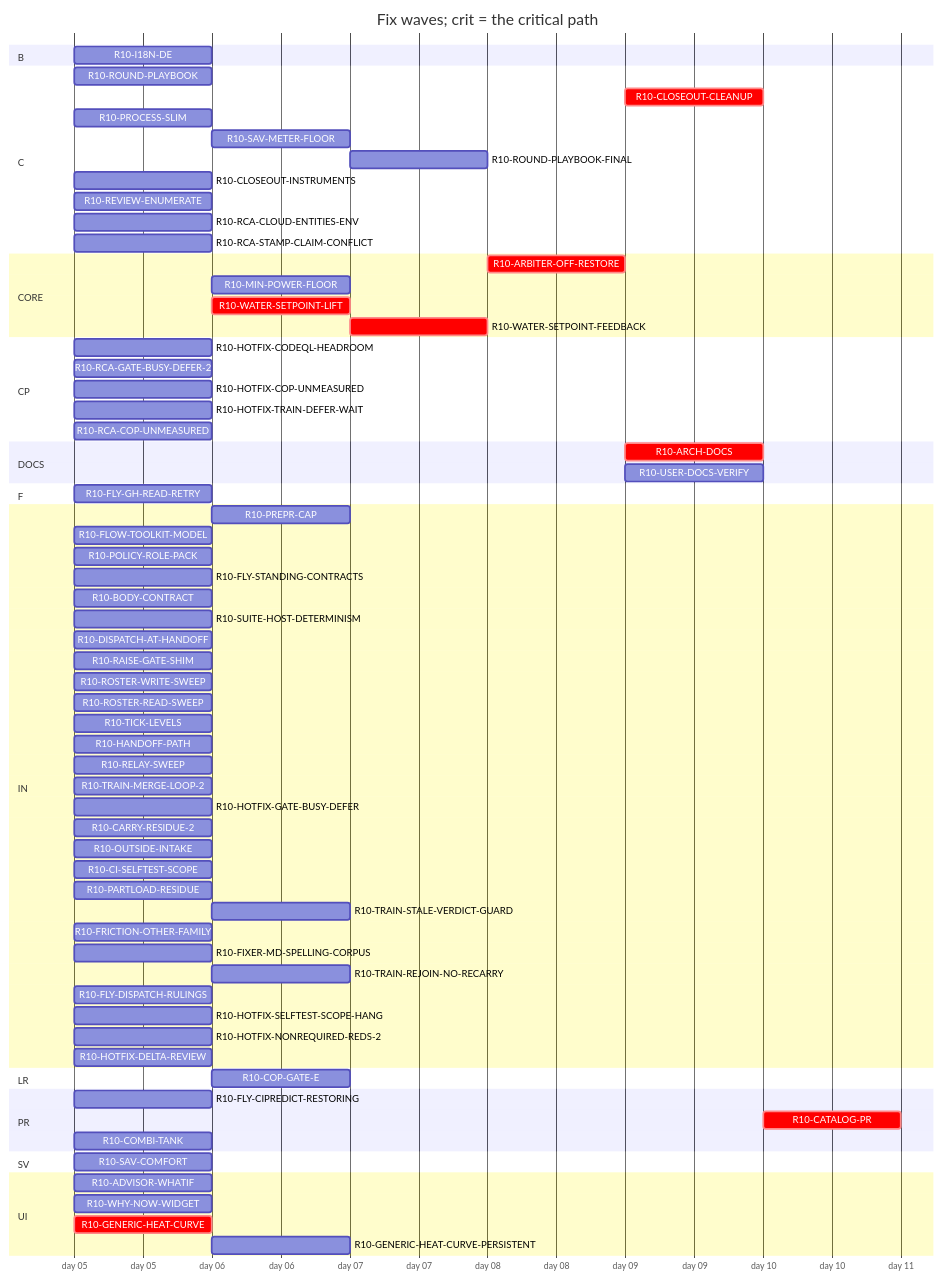
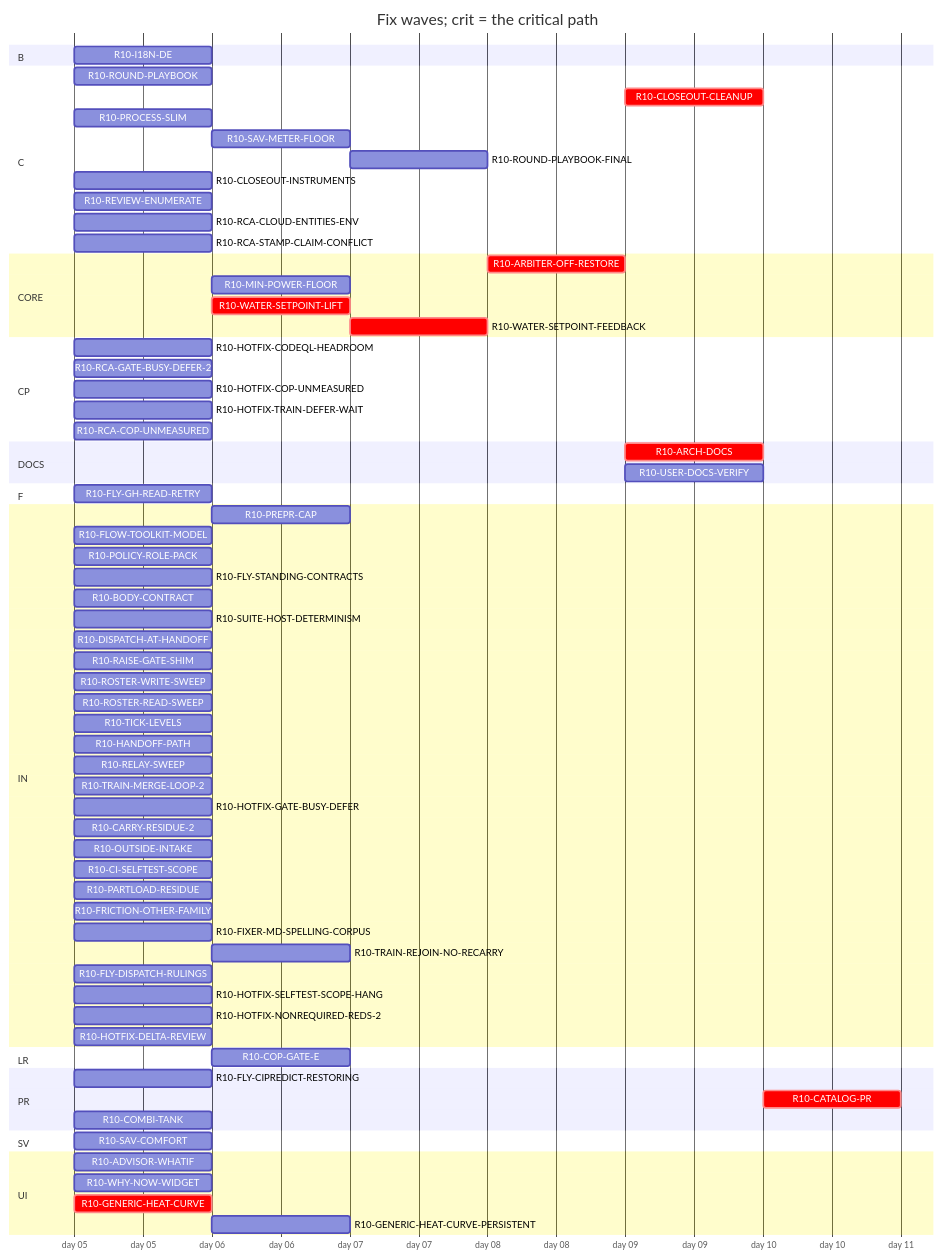
One commit to tvofi/heatpump_optimizer changed the diagram in handoff/round10/state/PLAN-TABLE.md. Above: the diagram before and after it, drawn with Mermaid. The commit also changed other lines of this file and 3 other files, not shown here.

Commit message:
state: FLOW-BOARD.md, NEXT-SESSION-PROMPT.md, PLAN-TABLE.md, RESUME-CURRENT.md regenerated (state_docs.py)

````diff
--- a/handoff/round10/state/PLAN-TABLE.md
+++ b/handoff/round10/state/PLAN-TABLE.md
@@ -24,75 +24,74 @@
 ```mermaid
 gantt
   title Fix waves; crit = the critical path
   dateFormat YYYY-MM-DD
   axisFormat day %d
   section B
     R10-I18N-DE :r10I18NDE, 2026-01-05, 1d
   section C
     R10-ROUND-PLAYBOOK :r10ROUNDPLAYBOOK, 2026-01-05, 1d
     R10-CLOSEOUT-CLEANUP :crit, r10CLOSEOUTCLEANUP, after r10ARCHDOCS r10USERDOCSVERIFY r10ROUNDPLAYBOOKFINAL r10CLOSEOUTINSTRUMENTS r10RCAGATEBUSYDEFER2 r10RCACOPUNMEASURED r10FRICTIONOTHERFAMILY, 1d
     R10-PROCESS-SLIM :r10PROCESSSLIM, 2026-01-05, 1d
     R10-SAV-METER-FLOOR :r10SAVMETERFLOOR, after r10SAVCOMFORT, 1d
-    R10-ROUND-PLAYBOOK-FINAL :r10ROUNDPLAYBOOKFINAL, after r10PREPRCAP r10HANDOFFPATH r10RELAYSWEEP r10DISPATCHATHANDOFF r10BODYCONTRACT r10TICKLEVELS r10ROSTERWRITESWEEP r10ROSTERREADSWEEP r10FLYSTANDINGCONTRACTS r10POLICYROLEPACK r10FLOWTOOLKITMODEL r10FLYCIPREDICTRESTORING r10RAISEGATESHIM r10FLYGHREADRETRY r10SUITEHOSTDETERMINISM r10ROUNDPLAYBOOK r10PROCESSSLIM r10TRAINMERGELOOP2 r10CARRYRESIDUE2 r10HOTFIXCODEQLHEADROOM r10OUTSIDEINTAKE r10HOTFIXTRAINDEFERWAIT r10CISELFTESTSCOPE r10TRAINSTALEVERDICTGUARD r10CLOSEOUTINSTRUMENTS r10FRICTIONOTHERFAMILY r10FIXERMDSPELLINGCORPUS, 1d
+    R10-ROUND-PLAYBOOK-FINAL :r10ROUNDPLAYBOOKFINAL, after r10PREPRCAP r10HANDOFFPATH r10RELAYSWEEP r10DISPATCHATHANDOFF r10BODYCONTRACT r10TICKLEVELS r10ROSTERWRITESWEEP r10ROSTERREADSWEEP r10FLYSTANDINGCONTRACTS r10POLICYROLEPACK r10FLOWTOOLKITMODEL r10FLYCIPREDICTRESTORING r10RAISEGATESHIM r10FLYGHREADRETRY r10SUITEHOSTDETERMINISM r10ROUNDPLAYBOOK r10PROCESSSLIM r10TRAINMERGELOOP2 r10CARRYRESIDUE2 r10HOTFIXCODEQLHEADROOM r10OUTSIDEINTAKE r10HOTFIXTRAINDEFERWAIT r10CISELFTESTSCOPE r10CLOSEOUTINSTRUMENTS r10FRICTIONOTHERFAMILY r10FIXERMDSPELLINGCORPUS, 1d
     R10-CLOSEOUT-INSTRUMENTS :r10CLOSEOUTINSTRUMENTS, 2026-01-05, 1d
     R10-REVIEW-ENUMERATE :r10REVIEWENUMERATE, 2026-01-05, 1d
     R10-RCA-CLOUD-ENTITIES-ENV :r10RCACLOUDENTITIESENV, 2026-01-05, 1d
     R10-RCA-STAMP-CLAIM-CONFLICT :r10RCASTAMPCLAIMCONFLICT, 2026-01-05, 1d
   section CORE
     R10-ARBITER-OFF-RESTORE :crit, r10ARBITEROFFRESTORE, after r10GENERICHEATCURVE r10GENERICHEATCURVEPERSISTENT r10WATERSETPOINTLIFT r10WATERSETPOINTFEEDBACK, 1d
     R10-MIN-POWER-FLOOR :r10MINPOWERFLOOR, after r10HOTFIXCOPUNMEASURED r10GENERICHEATCURVE, 1d
     R10-WATER-SETPOINT-LIFT :crit, r10WATERSETPOINTLIFT, after r10GENERICHEATCURVE, 1d
     R10-WATER-SETPOINT-FEEDBACK :crit, r10WATERSETPOINTFEEDBACK, after r10WATERSETPOINTLIFT, 1d
   section CP
     R10-HOTFIX-CODEQL-HEADROOM :r10HOTFIXCODEQLHEADROOM, 2026-01-05, 1d
     R10-RCA-GATE-BUSY-DEFER-2 :r10RCAGATEBUSYDEFER2, 2026-01-05, 1d
     R10-HOTFIX-COP-UNMEASURED :r10HOTFIXCOPUNMEASURED, 2026-01-05, 1d
     R10-HOTFIX-TRAIN-DEFER-WAIT :r10HOTFIXTRAINDEFERWAIT, 2026-01-05, 1d
     R10-RCA-COP-UNMEASURED :r10RCACOPUNMEASURED, 2026-01-05, 1d
   section DOCS
-    R10-ARCH-DOCS :crit, r10ARCHDOCS, after r10SAVCOMFORT r10WHYNOWWIDGET r10ADVISORWHATIF r10PREPRCAP r10HANDOFFPATH r10RELAYSWEEP r10DISPATCHATHANDOFF r10BODYCONTRACT r10TICKLEVELS r10ROSTERWRITESWEEP r10ROSTERREADSWEEP r10FLYSTANDINGCONTRACTS r10POLICYROLEPACK r10FLOWTOOLKITMODEL r10FLYCIPREDICTRESTORING r10RAISEGATESHIM r10FLYGHREADRETRY r10SUITEHOSTDETERMINISM r10PROCESSSLIM r10SAVMETERFLOOR r10HOTFIXCOPUNMEASURED r10COPGATEE r10PARTLOADRESIDUE r10I18NDE r10GENERICHEATCURVE r10GENERICHEATCURVEPERSISTENT r10ARBITEROFFRESTORE r10TRAINMERGELOOP2 r10CARRYRESIDUE2 r10HOTFIXCODEQLHEADROOM r10OUTSIDEINTAKE r10HOTFIXTRAINDEFERWAIT r10CISELFTESTSCOPE r10TRAINSTALEVERDICTGUARD r10COMBITANK r10CLOSEOUTINSTRUMENTS r10MINPOWERFLOOR r10ROUNDPLAYBOOK r10RCAGATEBUSYDEFER2 r10FRICTIONOTHERFAMILY r10RCACOPUNMEASURED, 1d
+    R10-ARCH-DOCS :crit, r10ARCHDOCS, after r10SAVCOMFORT r10WHYNOWWIDGET r10ADVISORWHATIF r10PREPRCAP r10HANDOFFPATH r10RELAYSWEEP r10DISPATCHATHANDOFF r10BODYCONTRACT r10TICKLEVELS r10ROSTERWRITESWEEP r10ROSTERREADSWEEP r10FLYSTANDINGCONTRACTS r10POLICYROLEPACK r10FLOWTOOLKITMODEL r10FLYCIPREDICTRESTORING r10RAISEGATESHIM r10FLYGHREADRETRY r10SUITEHOSTDETERMINISM r10PROCESSSLIM r10SAVMETERFLOOR r10HOTFIXCOPUNMEASURED r10COPGATEE r10PARTLOADRESIDUE r10I18NDE r10GENERICHEATCURVE r10GENERICHEATCURVEPERSISTENT r10ARBITEROFFRESTORE r10TRAINMERGELOOP2 r10CARRYRESIDUE2 r10HOTFIXCODEQLHEADROOM r10OUTSIDEINTAKE r10HOTFIXTRAINDEFERWAIT r10CISELFTESTSCOPE r10COMBITANK r10CLOSEOUTINSTRUMENTS r10MINPOWERFLOOR r10ROUNDPLAYBOOK r10RCAGATEBUSYDEFER2 r10FRICTIONOTHERFAMILY r10RCACOPUNMEASURED, 1d
     R10-USER-DOCS-VERIFY :r10USERDOCSVERIFY, after r10SAVCOMFORT r10WHYNOWWIDGET r10ADVISORWHATIF r10SAVMETERFLOOR r10HOTFIXCOPUNMEASURED r10COPGATEE r10PARTLOADRESIDUE r10I18NDE r10GENERICHEATCURVE r10GENERICHEATCURVEPERSISTENT r10ARBITEROFFRESTORE r10COMBITANK r10MINPOWERFLOOR, 1d
   section F
     R10-FLY-GH-READ-RETRY :r10FLYGHREADRETRY, 2026-01-05, 1d
   section IN
     R10-PREPR-CAP :r10PREPRCAP, after r10PROCESSSLIM, 1d
     R10-FLOW-TOOLKIT-MODEL :r10FLOWTOOLKITMODEL, 2026-01-05, 1d
     R10-POLICY-ROLE-PACK :r10POLICYROLEPACK, 2026-01-05, 1d
     R10-FLY-STANDING-CONTRACTS :r10FLYSTANDINGCONTRACTS, 2026-01-05, 1d
     R10-BODY-CONTRACT :r10BODYCONTRACT, 2026-01-05, 1d
     R10-SUITE-HOST-DETERMINISM :r10SUITEHOSTDETERMINISM, 2026-01-05, 1d
     R10-DISPATCH-AT-HANDOFF :r10DISPATCHATHANDOFF, 2026-01-05, 1d
     R10-RAISE-GATE-SHIM :r10RAISEGATESHIM, 2026-01-05, 1d
     R10-ROSTER-WRITE-SWEEP :r10ROSTERWRITESWEEP, 2026-01-05, 1d
     R10-ROSTER-READ-SWEEP :r10ROSTERREADSWEEP, 2026-01-05, 1d
     R10-TICK-LEVELS :r10TICKLEVELS, 2026-01-05, 1d
     R10-HANDOFF-PATH :r10HANDOFFPATH, 2026-01-05, 1d
     R10-RELAY-SWEEP :r10RELAYSWEEP, 2026-01-05, 1d
     R10-TRAIN-MERGE-LOOP-2 :r10TRAINMERGELOOP2, 2026-01-05, 1d
     R10-HOTFIX-GATE-BUSY-DEFER :r10HOTFIXGATEBUSYDEFER, 2026-01-05, 1d
     R10-CARRY-RESIDUE-2 :r10CARRYRESIDUE2, 2026-01-05, 1d
     R10-OUTSIDE-INTAKE :r10OUTSIDEINTAKE, 2026-01-05, 1d
     R10-CI-SELFTEST-SCOPE :r10CISELFTESTSCOPE, 2026-01-05, 1d
     R10-PARTLOAD-RESIDUE :r10PARTLOADRESIDUE, 2026-01-05, 1d
-    R10-TRAIN-STALE-VERDICT-GUARD :r10TRAINSTALEVERDICTGUARD, after r10TRAINMERGELOOP2, 1d
     R10-FRICTION-OTHER-FAMILY :r10FRICTIONOTHERFAMILY, 2026-01-05, 1d
     R10-FIXER-MD-SPELLING-CORPUS :r10FIXERMDSPELLINGCORPUS, 2026-01-05, 1d
     R10-TRAIN-REJOIN-NO-RECARRY :r10TRAINREJOINNORECARRY, after r10HOTFIXTRAINDEFERWAIT r10TRAINMERGELOOP2, 1d
     R10-FLY-DISPATCH-RULINGS :r10FLYDISPATCHRULINGS, 2026-01-05, 1d
     R10-HOTFIX-SELFTEST-SCOPE-HANG :r10HOTFIXSELFTESTSCOPEHANG, 2026-01-05, 1d
     R10-HOTFIX-NONREQUIRED-REDS-2 :r10HOTFIXNONREQUIREDREDS2, 2026-01-05, 1d
     R10-HOTFIX-DELTA-REVIEW :r10HOTFIXDELTAREVIEW, 2026-01-05, 1d
   section LR
     R10-COP-GATE-E :r10COPGATEE, after r10HOTFIXCOPUNMEASURED, 1d
   section PR
     R10-FLY-CIPREDICT-RESTORING :r10FLYCIPREDICTRESTORING, 2026-01-05, 1d
     R10-CATALOG-PR :crit, r10CATALOGPR, after r10USERDOCSVERIFY r10ARCHDOCS r10ROUNDPLAYBOOKFINAL r10CLOSEOUTCLEANUP, 1d
     R10-COMBI-TANK :r10COMBITANK, 2026-01-05, 1d
   section SV
     R10-SAV-COMFORT :r10SAVCOMFORT, 2026-01-05, 1d
   section UI
     R10-ADVISOR-WHATIF :r10ADVISORWHATIF, 2026-01-05, 1d
     R10-WHY-NOW-WIDGET :r10WHYNOWWIDGET, 2026-01-05, 1d
     R10-GENERIC-HEAT-CURVE :crit, r10GENERICHEATCURVE, 2026-01-05, 1d
     R10-GENERIC-HEAT-CURVE-PERSISTENT :r10GENERICHEATCURVEPERSISTENT, after r10GENERICHEATCURVE, 1d
 ```
````
